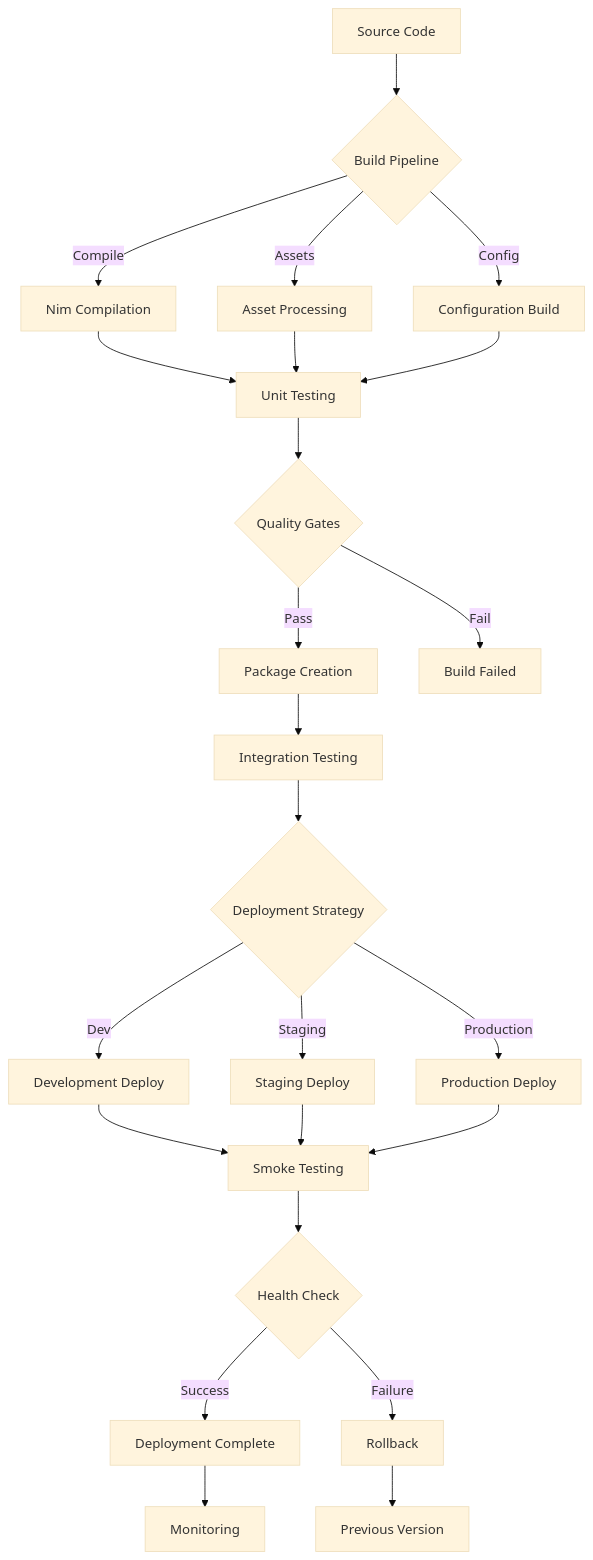
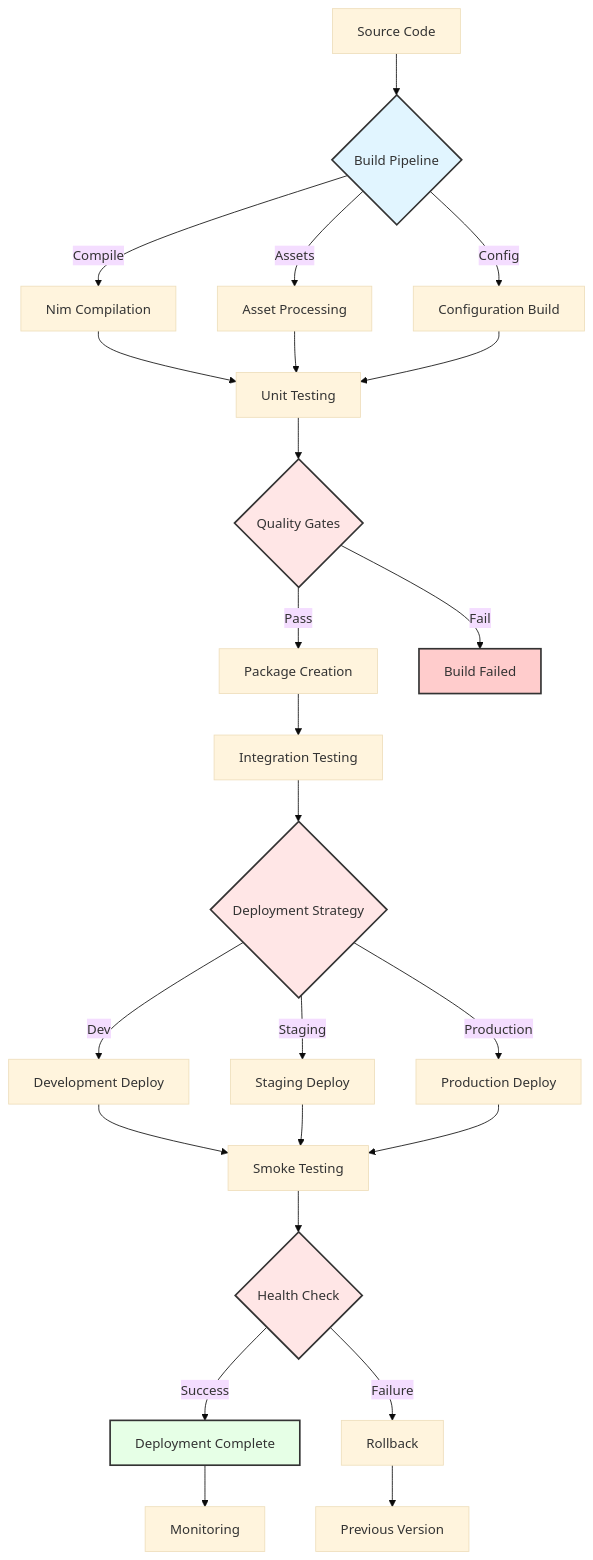
Before and after one commit to JayeshKakkad-Rotoclear/Rotoclear-C-Pro-Docs: the diagram in docs/operations/build-deploy.md, drawn with Mermaid (base theme). The commit also changed 14 other files, not shown here.

Commit message:
Improve Mermaid diagram formatting for better presentation - Added better spacing, styling, and layout - Enhanced readability with color coding and proper node alignment - Improved subgraph organization - Better decision tree layouts

````diff
--- a/docs/operations/build-deploy.md
+++ b/docs/operations/build-deploy.md
@@ -9,34 +9,41 @@
 ```mermaid
 graph TB
     A[Source Code] --> B{Build Pipeline}
     
     B -->|Compile| C[Nim Compilation]
     B -->|Assets| D[Asset Processing]
     B -->|Config| E[Configuration Build]
     
     C --> F[Unit Testing]
     D --> F
     E --> F
     
     F --> G{Quality Gates}
     G -->|Pass| H[Package Creation]
     G -->|Fail| I[Build Failed]
     
     H --> J[Integration Testing]
     J --> K{Deployment Strategy}
     
     K -->|Dev| L[Development Deploy]
     K -->|Staging| M[Staging Deploy]
     K -->|Production| N[Production Deploy]
     
     L --> O[Smoke Testing]
     M --> O
     N --> O
     
     O --> P{Health Check}
     P -->|Success| Q[Deployment Complete]
     P -->|Failure| R[Rollback]
     
     R --> S[Previous Version]
     Q --> T[Monitoring]
+    
+    style B fill:#e1f5ff,stroke:#333,stroke-width:2px
+    style G fill:#ffe6e6,stroke:#333,stroke-width:2px
+    style K fill:#ffe6e6,stroke:#333,stroke-width:2px
+    style P fill:#ffe6e6,stroke:#333,stroke-width:2px
+    style Q fill:#e6ffe6,stroke:#333,stroke-width:2px
+    style I fill:#ffcccc,stroke:#333,stroke-width:2px
 ```
````
